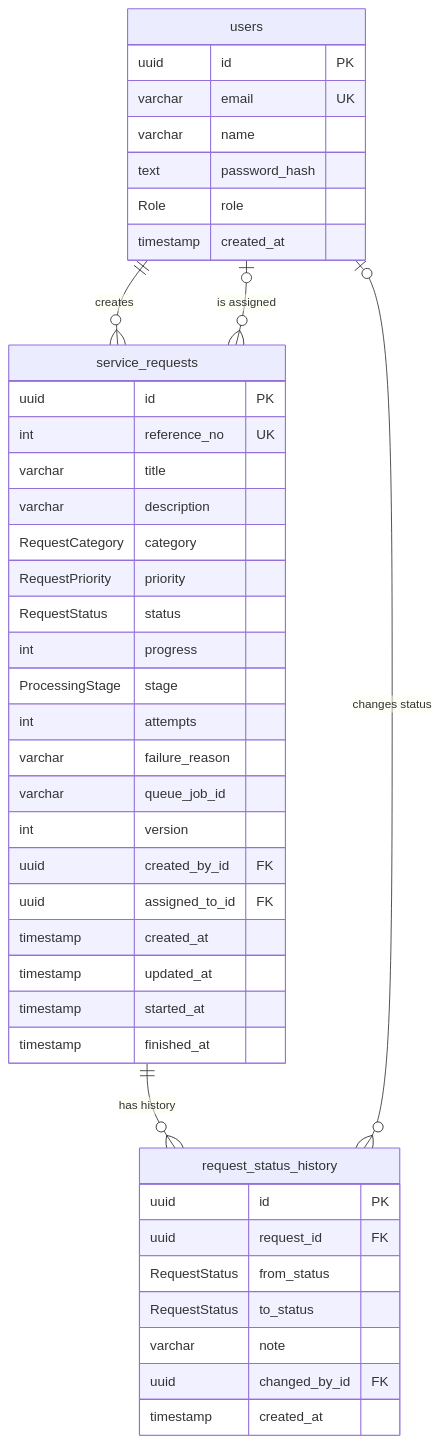
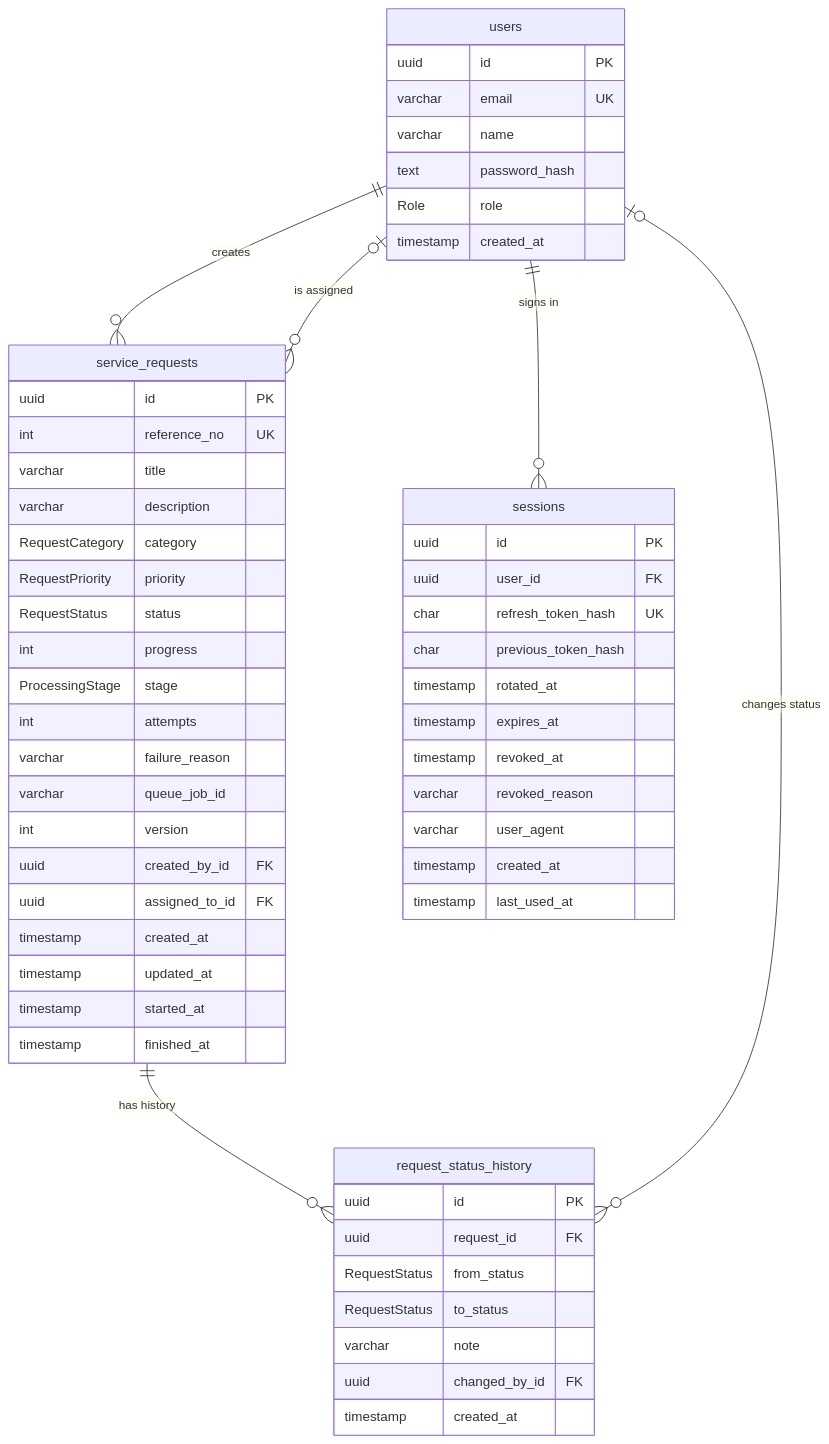
The third of 8 diagrams in docs/design.md (mehedi0-007/Service_Desk), drawn with Mermaid before and after one commit. The commit also changed other lines of this file and 1 other file, not shown here.

Commit message:
docs: design refresh-token sessions, server-side logout and password change

````diff
--- a/docs/design.md
+++ b/docs/design.md
@@ -123,48 +123,63 @@
 ```mermaid
 erDiagram
     users ||--o{ service_requests : "creates"
     users |o--o{ service_requests : "is assigned"
     service_requests ||--o{ request_status_history : "has history"
     users |o--o{ request_status_history : "changes status"
+    users ||--o{ sessions : "signs in"
 
     users {
         uuid id PK
         varchar email UK
         varchar name
         text password_hash
         Role role
         timestamp created_at
     }
 
     service_requests {
         uuid id PK
         int reference_no UK
         varchar title
         varchar description
         RequestCategory category
         RequestPriority priority
         RequestStatus status
         int progress
         ProcessingStage stage
         int attempts
         varchar failure_reason
         varchar queue_job_id
         int version
         uuid created_by_id FK
         uuid assigned_to_id FK
         timestamp created_at
         timestamp updated_at
         timestamp started_at
         timestamp finished_at
     }
 
     request_status_history {
         uuid id PK
         uuid request_id FK
         RequestStatus from_status
         RequestStatus to_status
         varchar note
         uuid changed_by_id FK
         timestamp created_at
     }
+
+    sessions {
+        uuid id PK
+        uuid user_id FK
+        char refresh_token_hash UK
+        char previous_token_hash
+        timestamp rotated_at
+        timestamp expires_at
+        timestamp revoked_at
+        varchar revoked_reason
+        varchar user_agent
+        timestamp created_at
+        timestamp last_used_at
+    }
 ```
````
